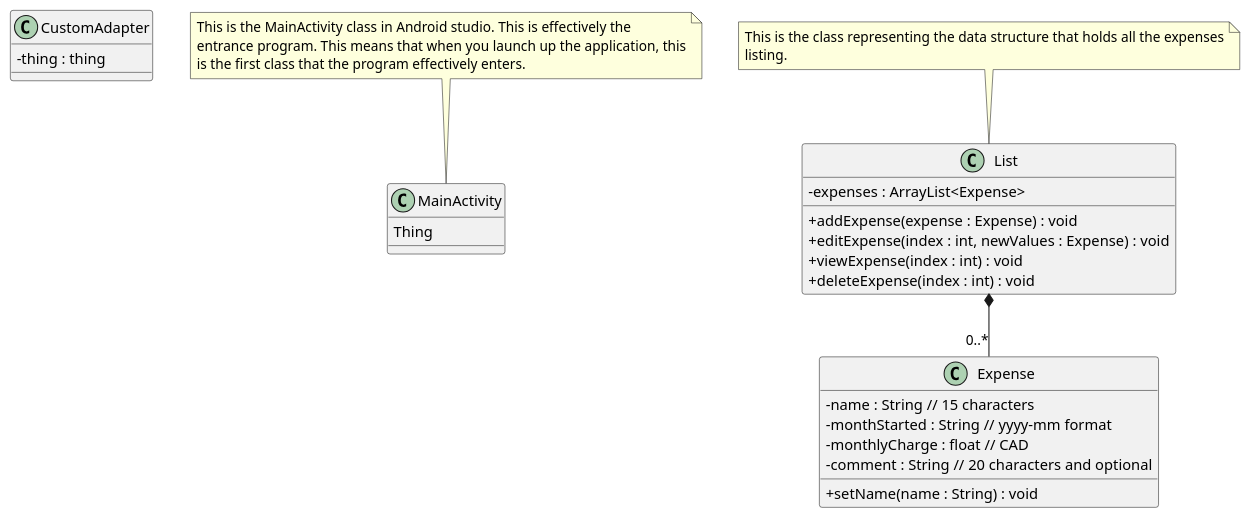
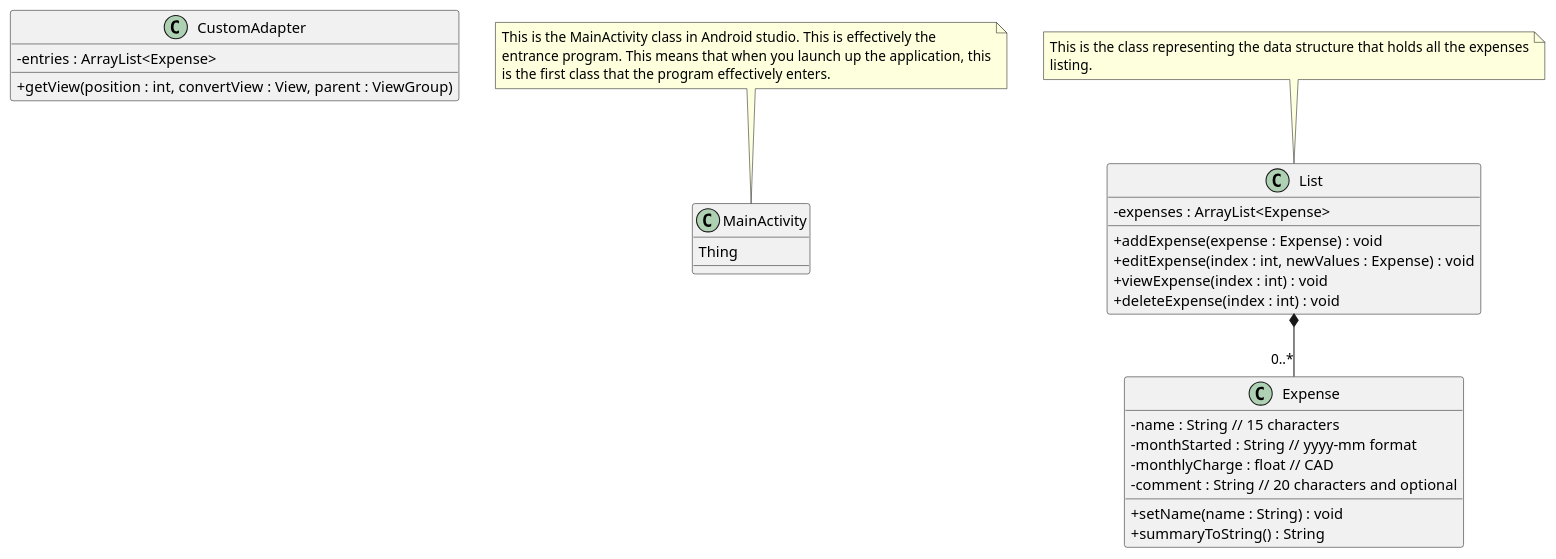
The diagram in doc/uml/assign1UML/assign1UML.puml (waridh/expense_book), drawn with PlantUML before and after one commit. The commit also changed 1 other file, not shown here.

Commit message:
updated the diagram

```diff
--- a/doc/uml/assign1UML/assign1UML.puml
+++ b/doc/uml/assign1UML/assign1UML.puml
@@ -1,39 +1,41 @@
 @startuml
   skinparam classAttributeIconSize 0
 class CustomAdapter{
-  - thing : thing
+  - entries : ArrayList<Expense>
+  + getView(position : int, convertView : View, parent : ViewGroup)
 }
 
 class MainActivity {
   Thing
 }
 Class Expense {
   - name : String // 15 characters
   - monthStarted : String // yyyy-mm format
   - monthlyCharge : float // CAD
   - comment : String // 20 characters and optional
 
   +setName(name : String) : void
+  +summaryToString() : String
 }
 
 Class List {
   -expenses : ArrayList<Expense>
   +addExpense(expense : Expense) : void
   +editExpense(index : int, newValues : Expense) : void
   +viewExpense(index : int) : void
   +deleteExpense(index : int) : void
 }
 
 note top of List
   This is the class representing the data structure that holds all the expenses
   listing.
 end note
 
 note top of MainActivity
   This is the MainActivity class in Android studio. This is effectively the
   entrance program. This means that when you launch up the application, this
   is the first class that the program effectively enters.
 end note
 
 List *-- "0..*" Expense
 @enduml
```
